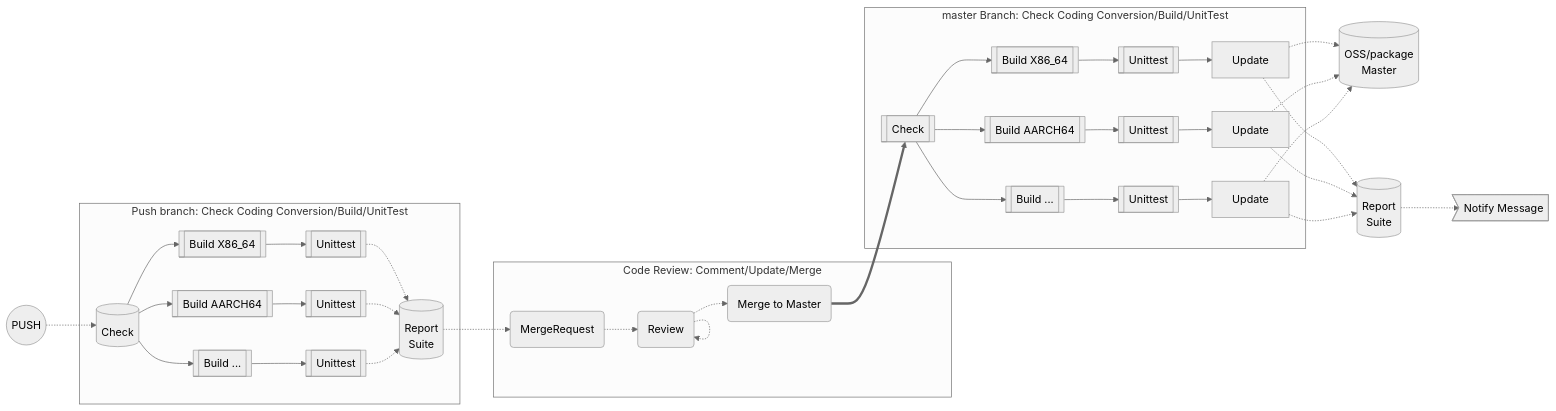
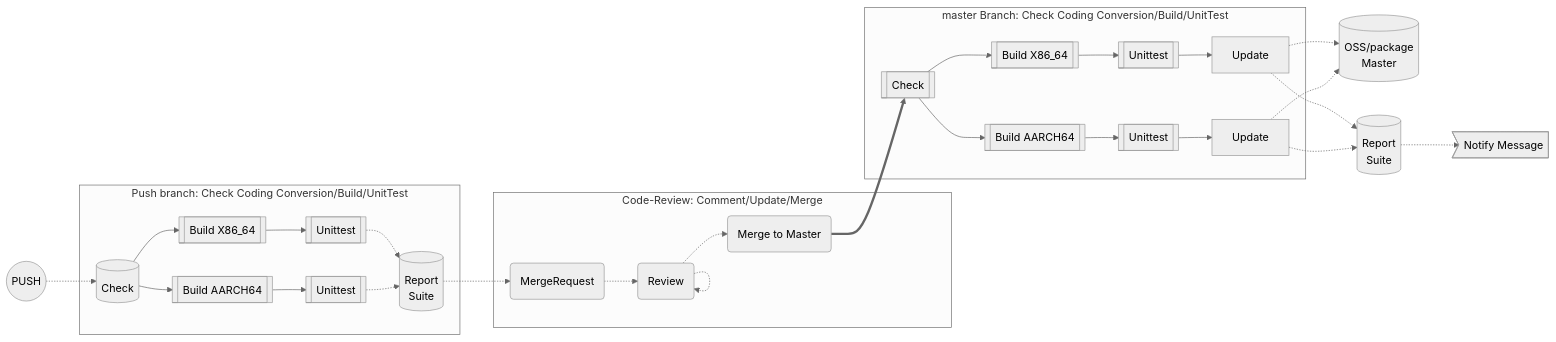
One commit to zggl404/ace-compiler changed the first of 7 diagrams in air-infra/doc/PipelineACI.md. Above: the diagram before and after it, drawn with Mermaid (neutral theme). The commit also changed other lines of this file and 220 other files, not shown here.

````diff
--- a/air-infra/doc/PipelineACI.md
+++ b/air-infra/doc/PipelineACI.md
@@ -24,42 +22,39 @@
-```mermaid
-flowchart LR
-A((PUSH))
-B[(Check)]
-C[(Report<br>Suite</br>)]
-D(Review)
-E(Merge to Master)
-F[[Check]]
-H[(OSS/package<br>Master</br>)]
-I[(Report<br>Suite</br>)]
-X>Notify Message]
+<div class="mermaid">
+    flowchart LR
+    A((PUSH))
+    B[(Check)]
+    C[(Report<br>Suite</br>)]
+    D(Review)
+    E(Merge to Master)
+    F[[Check]]
+    H[(OSS/package<br>Master</br>)]
+    I[(Report<br>Suite</br>)]
+    X>Notify Message]
 
-A-.->B
-E==>F
+    A-.->B
+    E==>F
 
-F03-.->H
-F13-.->H
-F23-.->H
+    F03-.->H
+    F13-.->H
 
-F03-.->I
-F13-.->I
-F23-.->I
+    F03-.->I
+    F13-.->I
 
-I-.->X
+    I-.->X
 
-subgraph Push branch: Check Coding Conversion/Build/UnitTest
-B-->B01[[Build X86_64]]-->B02[[Unittest]]-.->C
-B-->B11[[Build AARCH64]]-->B12[[Unittest]]-.->C
-B-->B21[[Build ...]]-->B22[[Unittest]]-.->C
-end
+    subgraph Push branch: Check Coding Conversion/Build/UnitTest
+    B-->B01[[Build X86_64]]-->B02[[Unittest]]-.->C
+    B-->B11[[Build AARCH64]]-->B12[[Unittest]]-.->C
 
-subgraph Code Review: Comment/Update/Merge
-C-.->D01(MergeRequest)-.->D-.->E
-D-.->D
-end
+    end
 
-subgraph master Branch: Check Coding Conversion/Build/UnitTest
-F-->F01[[Build X86_64]]-->F02[[Unittest]]-->F03[Update]
-F-->F11[[Build AARCH64]]-->F12[[Unittest]]-->F13[Update]
-F-->F21[[Build ...]]-->F22[[Unittest]]-->F23[Update]
-end
-```
+    subgraph Code-Review: Comment/Update/Merge
+    C-.->D01(MergeRequest)-.->D-.->E
+    D-.->D
+    end
+
+    subgraph master Branch: Check Coding Conversion/Build/UnitTest
+    F-->F01[[Build X86_64]]-->F02[[Unittest]]-->F03[Update]
+    F-->F11[[Build AARCH64]]-->F12[[Unittest]]-->F13[Update]
+    end
+</div>
````
